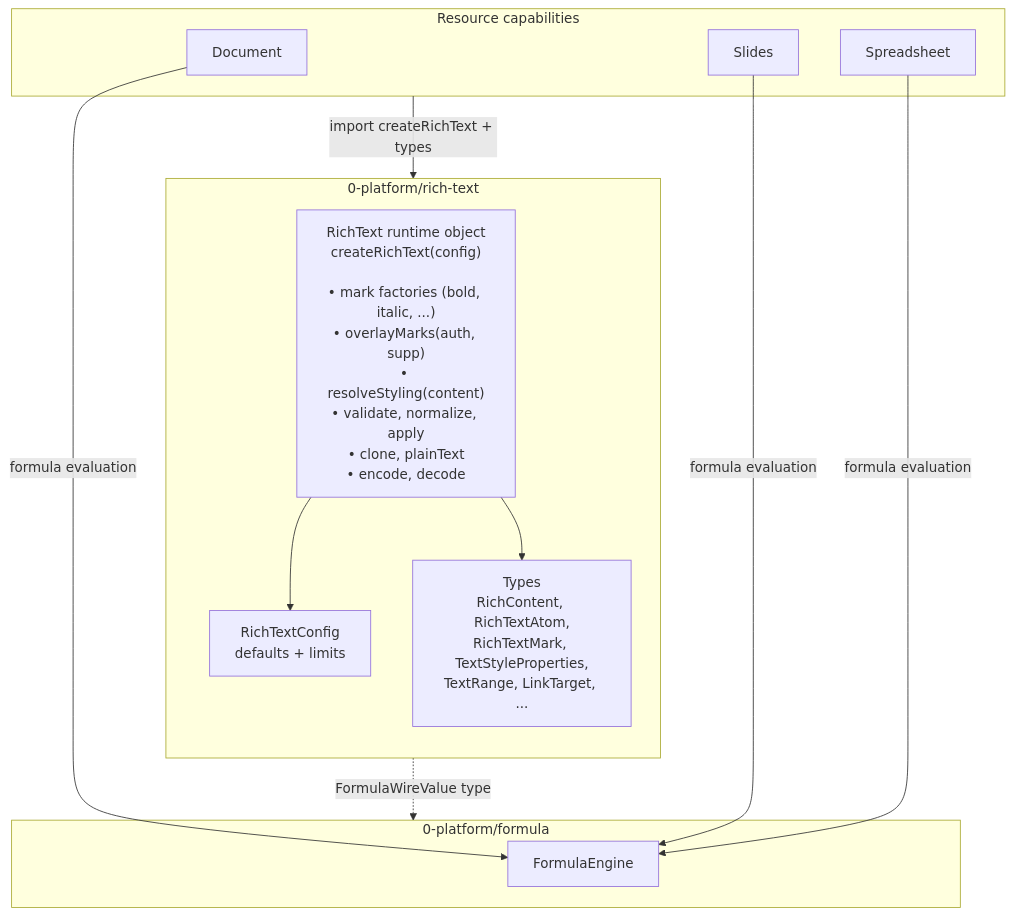
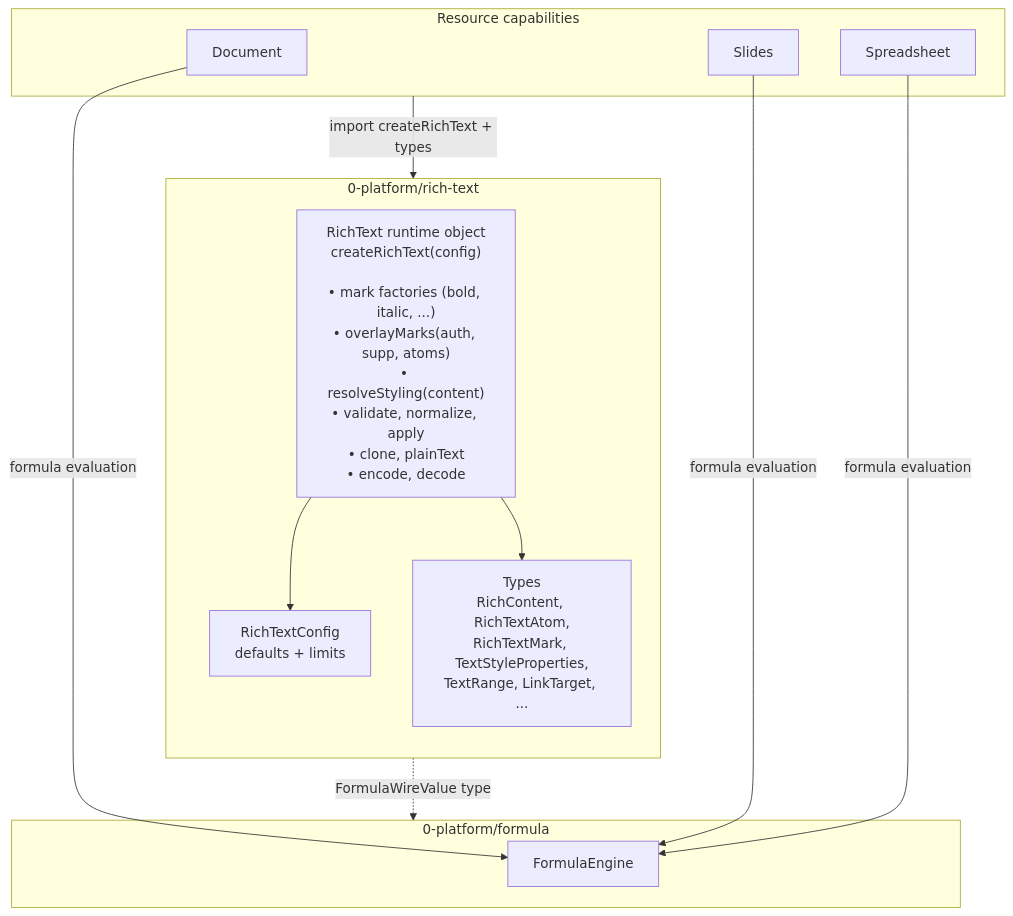
Before and after one commit to gccurtis/icarus: the diagram in scratch/rich-text-design.md, drawn with Mermaid. The commit also changed other lines of this file and 12 other files, not shown here.

Commit message:
feat(rich-text): add formula authoring support

````diff
--- a/scratch/rich-text-design.md
+++ b/scratch/rich-text-design.md
@@ -550,27 +563,27 @@
 ```mermaid
 flowchart TD
     subgraph RT["0-platform/rich-text"]
         direction TB
-        Engine["RichText runtime object\ncreateRichText(config)\n\n• mark factories (bold, italic, ...)\n• overlayMarks(auth, supp)\n• resolveStyling(content)\n• validate, normalize, apply\n• clone, plainText\n• encode, decode"]
+        Engine["RichText runtime object\ncreateRichText(config)\n\n• mark factories (bold, italic, ...)\n• overlayMarks(auth, supp, atoms)\n• resolveStyling(content)\n• validate, normalize, apply\n• clone, plainText\n• encode, decode"]
         Config["RichTextConfig\ndefaults + limits"]
         Types["Types\nRichContent, RichTextAtom,\nRichTextMark, TextStyleProperties,\nTextRange, LinkTarget, ..."]
     end
 
     subgraph Formula["0-platform/formula"]
         FE["FormulaEngine"]
     end
 
     subgraph Resources["Resource capabilities"]
         Doc["Document"]
         Slides["Slides"]
         Sheet["Spreadsheet"]
     end
 
     Engine --> Config
     Engine --> Types
     Engine -.->|"FormulaWireValue type"| Formula
     Resources -->|"import createRichText + types"| RT
     Doc -->|"formula evaluation"| FE
     Slides -->|"formula evaluation"| FE
     Sheet -->|"formula evaluation"| FE
 ```
````
